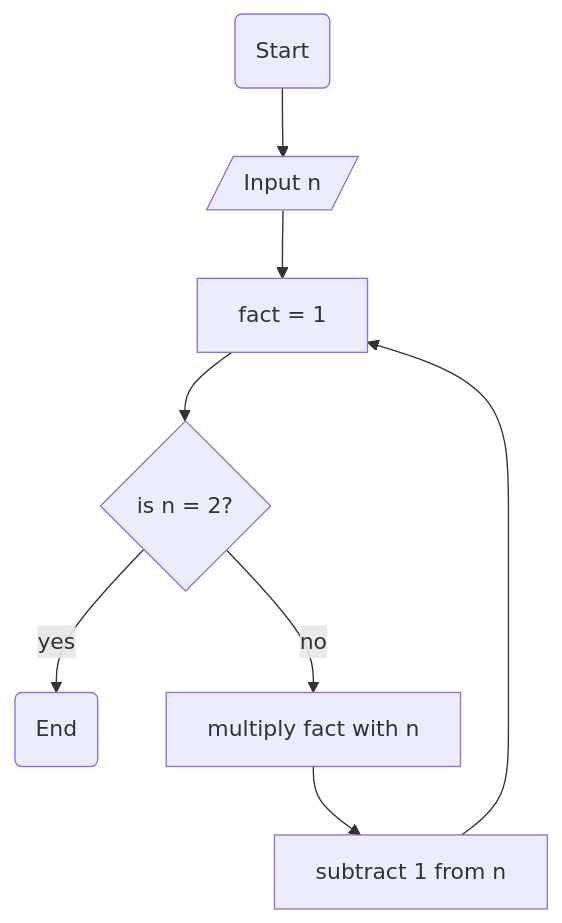
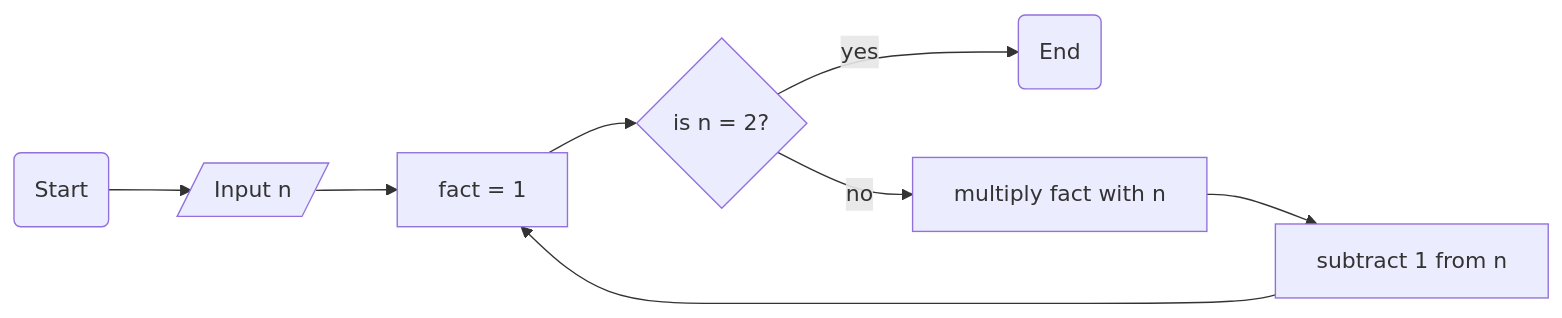
The fourth of 4 diagrams in README.md (geko-crooms/programming-concepts-test), drawn with Mermaid before and after one commit.

Commit message:
Correct README.md formatting for factorial section
Fix formatting issues in the README file.

````diff
--- a/README.md
+++ b/README.md
@@ -71,5 +71,5 @@
 ```mermaid
-flowchart TD
+flowchart LR
 A(Start) --> B[/Input n/] --> C[fact = 1] --> D{is n = 2?}-- yes --> E(End)
 D-- no -->F[multiply fact with n] --> G[subtract 1 from n] --> C
 ```
````
